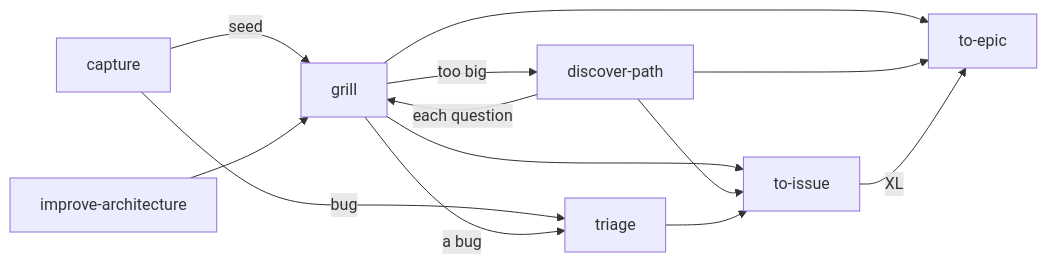
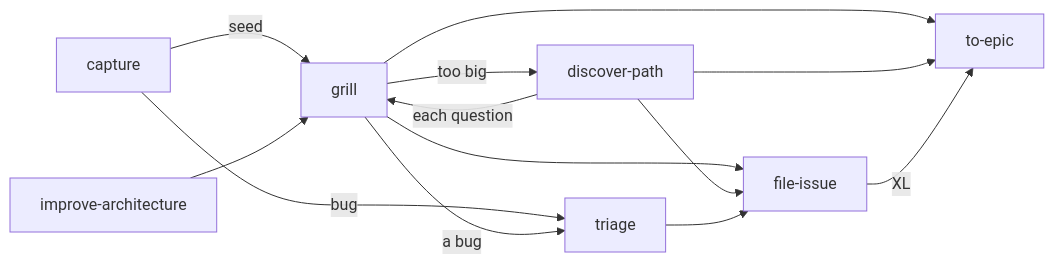
Before and after one commit to linhvu0711/skills: the first of 2 diagrams in README.md, drawn with Mermaid. The commit also changed other lines of this file and 36 other files, not shown here.

````diff
--- a/README.md
+++ b/README.md
@@ -11,15 +11,15 @@
 ```mermaid
 flowchart LR
   capture -->|seed| grill
   capture -->|bug| triage
   improve[improve-architecture] --> grill
   grill -->|a bug| triage
   grill -->|too big| discover[discover-path]
   discover -->|each question| grill
-  grill --> toissue[to-issue]
+  grill --> toissue[file-issue]
   grill --> toepic[to-epic]
   discover --> toissue
   discover --> toepic
   triage --> toissue
   toissue -->|XL| toepic
 ```
````
